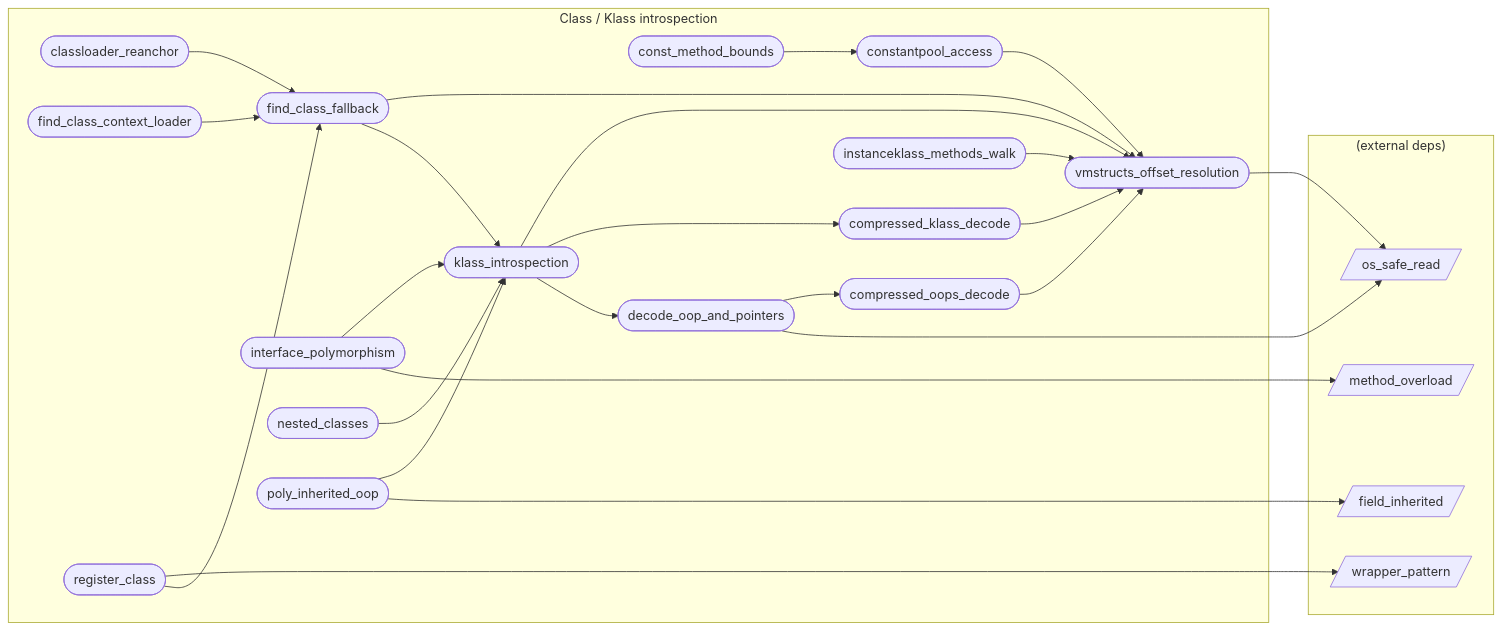
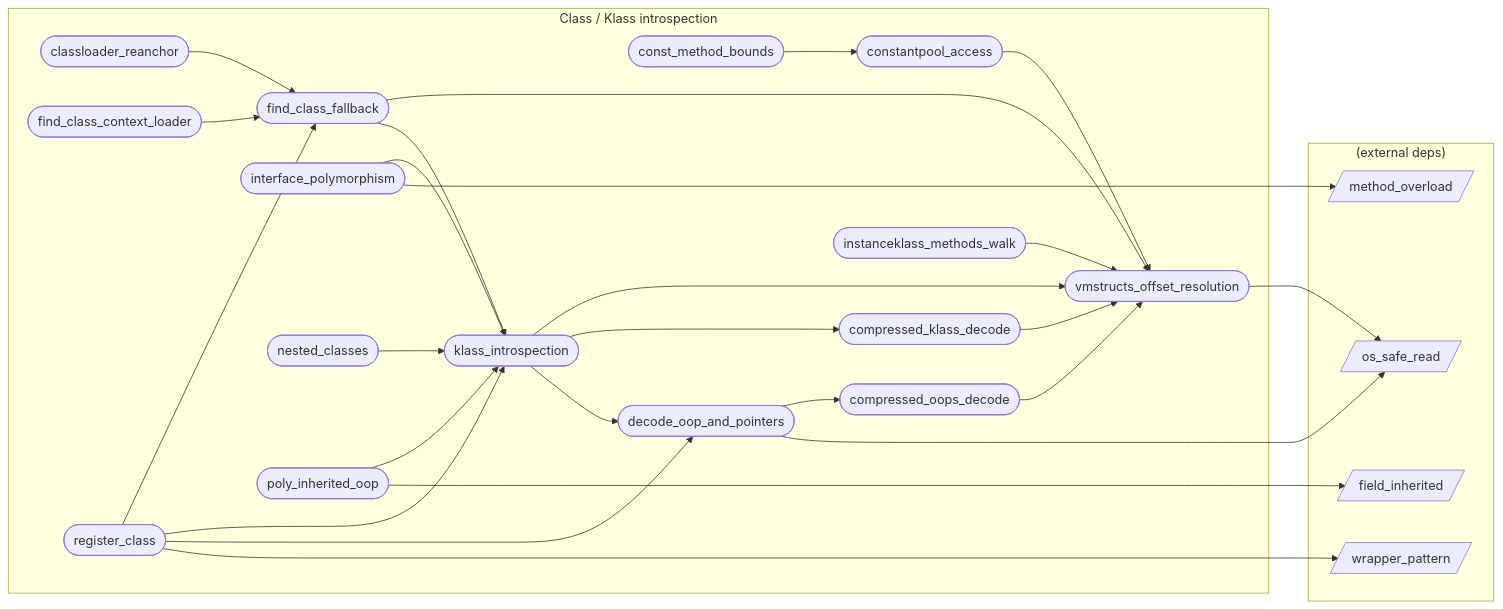
The diagram in audit/graph/categories/klass.md (xxxnpno/VMHook), drawn with Mermaid before and after one commit. The commit also changed other lines of this file and 21 other files, not shown here.

````diff
--- a/audit/graph/categories/klass.md
+++ b/audit/graph/categories/klass.md
@@ -32,48 +32,50 @@
 ```mermaid
 flowchart LR
   subgraph klass["Class / Klass introspection"]
     classloader_reanchor([classloader_reanchor])
     compressed_klass_decode([compressed_klass_decode])
     compressed_oops_decode([compressed_oops_decode])
     const_method_bounds([const_method_bounds])
     constantpool_access([constantpool_access])
     decode_oop_and_pointers([decode_oop_and_pointers])
     find_class_context_loader([find_class_context_loader])
     find_class_fallback([find_class_fallback])
     instanceklass_methods_walk([instanceklass_methods_walk])
     interface_polymorphism([interface_polymorphism])
     klass_introspection([klass_introspection])
     nested_classes([nested_classes])
     poly_inherited_oop([poly_inherited_oop])
     register_class([register_class])
     vmstructs_offset_resolution([vmstructs_offset_resolution])
   end
   subgraph external["(external deps)"]
     field_inherited[/field_inherited/]
     method_overload[/method_overload/]
     os_safe_read[/os_safe_read/]
     wrapper_pattern[/wrapper_pattern/]
   end
   classloader_reanchor --> find_class_fallback
   compressed_klass_decode --> vmstructs_offset_resolution
   compressed_oops_decode --> vmstructs_offset_resolution
   const_method_bounds --> constantpool_access
   constantpool_access --> vmstructs_offset_resolution
   decode_oop_and_pointers --> compressed_oops_decode
   decode_oop_and_pointers --> os_safe_read
   find_class_context_loader --> find_class_fallback
   find_class_fallback --> vmstructs_offset_resolution
   find_class_fallback --> klass_introspection
   instanceklass_methods_walk --> vmstructs_offset_resolution
   interface_polymorphism --> klass_introspection
   interface_polymorphism --> method_overload
   klass_introspection --> vmstructs_offset_resolution
   klass_introspection --> compressed_klass_decode
   klass_introspection --> decode_oop_and_pointers
   nested_classes --> klass_introspection
   poly_inherited_oop --> klass_introspection
   poly_inherited_oop --> field_inherited
+  register_class --> find_class_fallback
+  register_class --> klass_introspection
+  register_class --> decode_oop_and_pointers
   register_class --> wrapper_pattern
-  register_class --> find_class_fallback
   vmstructs_offset_resolution --> os_safe_read
 ```
````
